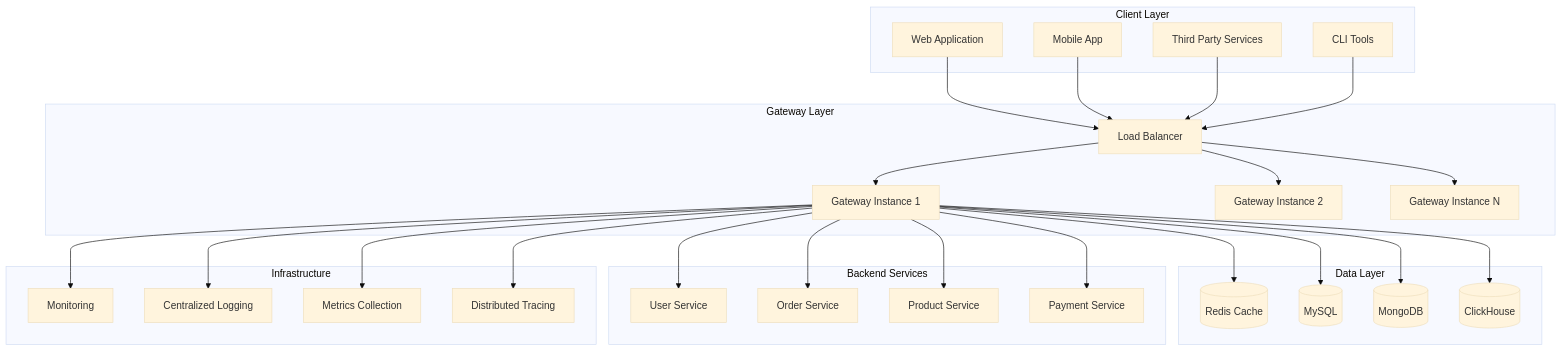
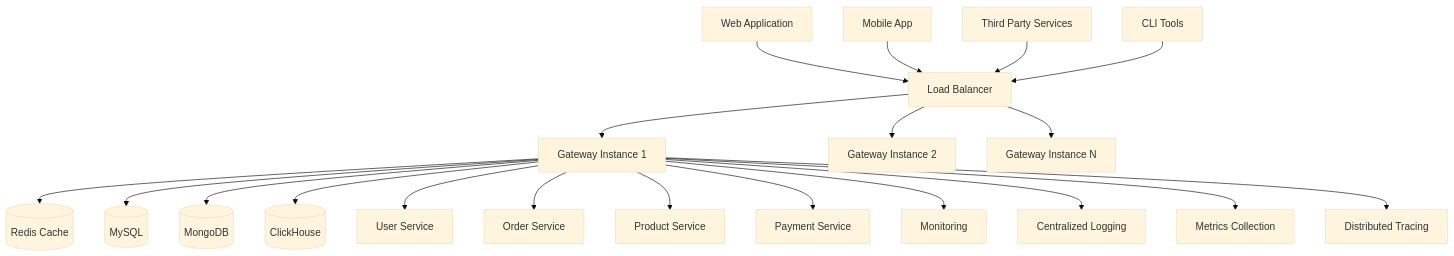
Before and after one commit to fluxsce/gateway: the first of 16 diagrams in docs/guide/architecture.md, drawn with Mermaid (base theme). The commit also changed other lines of this file and 1 other file, not shown here.

Commit message:
架构图显示错误修复

````diff
--- a/docs/guide/architecture.md
+++ b/docs/guide/architecture.md
@@ -11,61 +11,26 @@
 ```mermaid
 graph TB
-    subgraph "Client Layer"
-        WebApp[Web Application]
-        MobileApp[Mobile App]
-        ThirdParty[Third Party Services]
-        CLI[CLI Tools]
-    end
+    WebApp[Web Application] --> LB[Load Balancer]
+    MobileApp[Mobile App] --> LB
+    ThirdParty[Third Party Services] --> LB
+    CLI[CLI Tools] --> LB
     
-    subgraph "Gateway Layer"
-        LB[Load Balancer]
-        Gateway1[Gateway Instance 1]
-        Gateway2[Gateway Instance 2]
-        GatewayN[Gateway Instance N]
-    end
+    LB --> Gateway1[Gateway Instance 1]
+    LB --> Gateway2[Gateway Instance 2]
+    LB --> GatewayN[Gateway Instance N]
     
-    subgraph "Data Layer"
-        Redis[(Redis Cache)]
-        MySQL[(MySQL)]
-        MongoDB[(MongoDB)]
-        ClickHouse[(ClickHouse)]
-    end
+    Gateway1 --> Redis[(Redis Cache)]
+    Gateway1 --> MySQL[(MySQL)]
+    Gateway1 --> MongoDB[(MongoDB)]
+    Gateway1 --> ClickHouse[(ClickHouse)]
     
-    subgraph "Backend Services"
-        UserService[User Service]
-        OrderService[Order Service]
-        ProductService[Product Service]
-        PaymentService[Payment Service]
-    end
+    Gateway1 --> UserService[User Service]
+    Gateway1 --> OrderService[Order Service]
+    Gateway1 --> ProductService[Product Service]
+    Gateway1 --> PaymentService[Payment Service]
     
-    subgraph "Infrastructure"
-        Monitoring[Monitoring]
-        Logging[Centralized Logging]
-        Metrics[Metrics Collection]
-        Tracing[Distributed Tracing]
-    end
-    
-    WebApp --> LB
-    MobileApp --> LB
-    ThirdParty --> LB
-    CLI --> LB
-    
-    LB --> Gateway1
-    LB --> Gateway2
-    LB --> GatewayN
-    
-    Gateway1 --> Redis
-    Gateway1 --> MySQL
-    Gateway1 --> MongoDB
-    Gateway1 --> ClickHouse
-    
-    Gateway1 --> UserService
-    Gateway1 --> OrderService
-    Gateway1 --> ProductService
-    Gateway1 --> PaymentService
-    
-    Gateway1 --> Monitoring
-    Gateway1 --> Logging
-    Gateway1 --> Metrics
-    Gateway1 --> Tracing
+    Gateway1 --> Monitoring[Monitoring]
+    Gateway1 --> Logging[Centralized Logging]
+    Gateway1 --> Metrics[Metrics Collection]
+    Gateway1 --> Tracing[Distributed Tracing]
 ```
````
